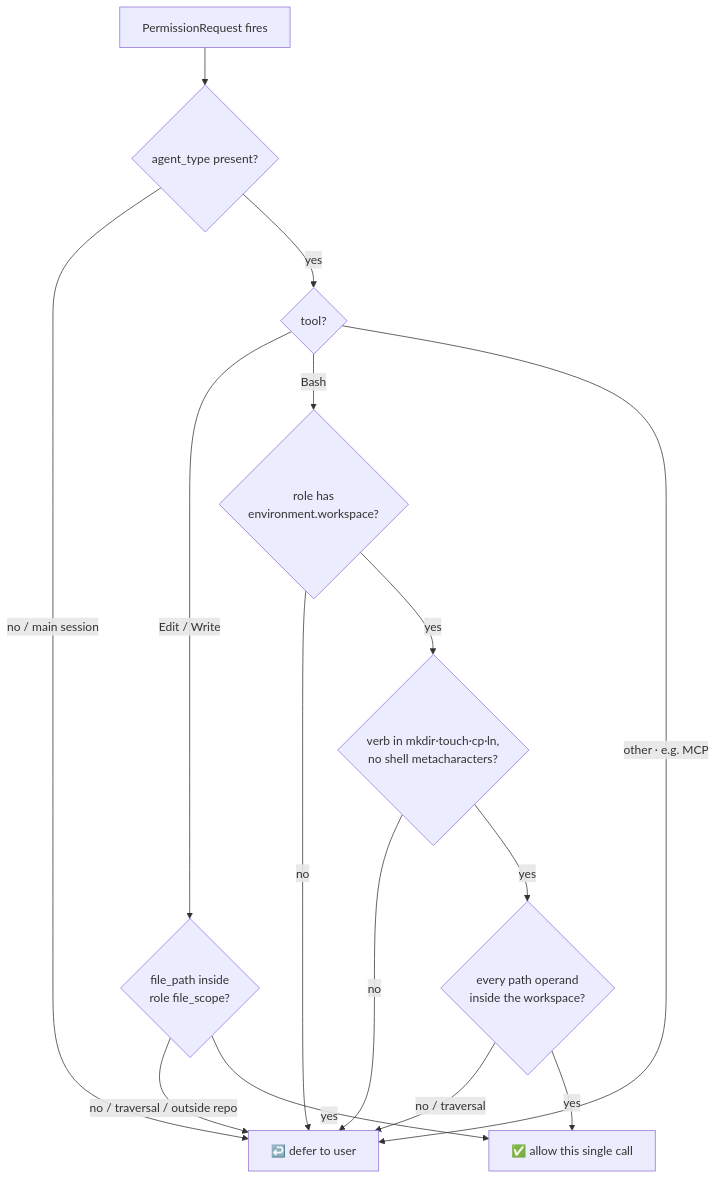
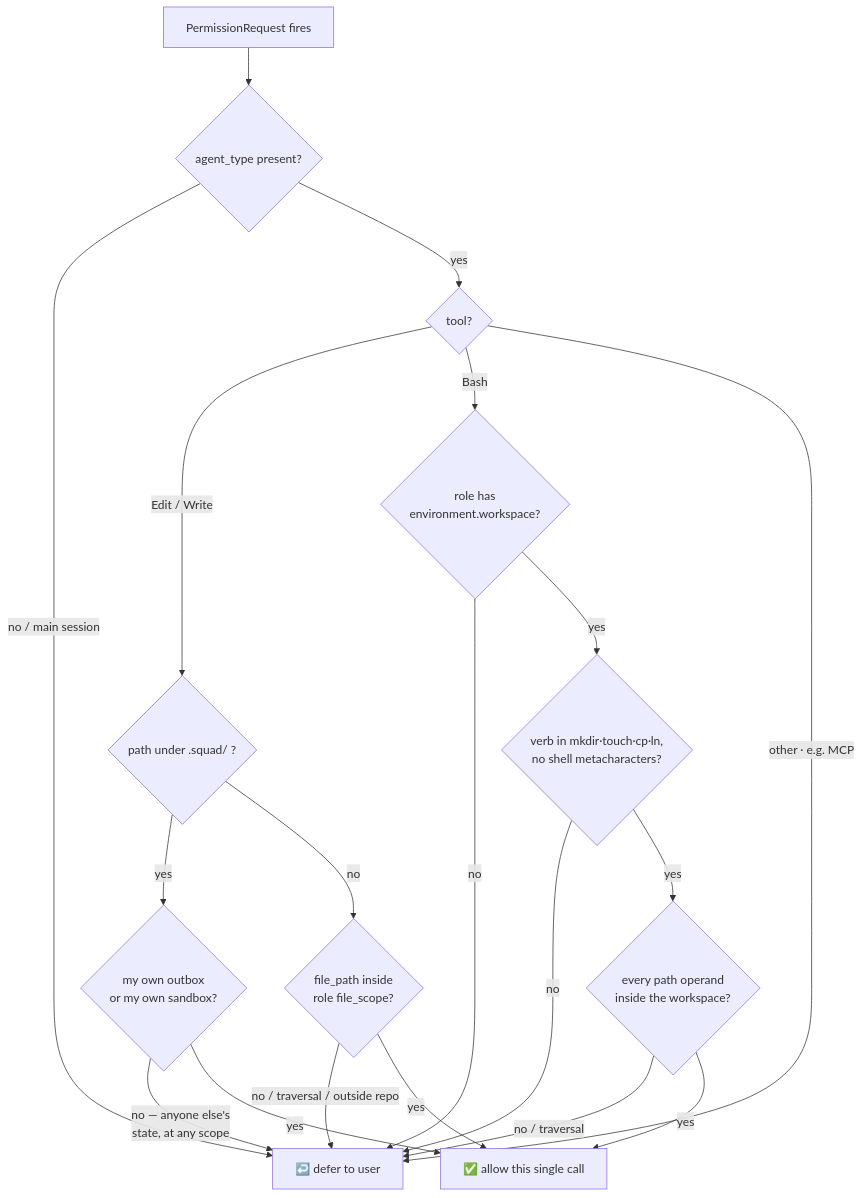
Before and after one commit to cheeky-amit/cheeky-squad-os: the third of 5 diagrams in README.md, drawn with Mermaid. The commit also changed other lines of this file and 7 other files, not shown here.

````diff
--- a/README.md
+++ b/README.md
@@ -142,17 +143,21 @@
 ```mermaid
 flowchart TD
   A["PermissionRequest fires"] --> B{"agent_type present?"}
   B -- "no / main session" --> D["↩️ defer to user"]
   B -- yes --> C{"tool?"}
-  C -- "Edit / Write" --> E{"file_path inside<br/>role file_scope?"}
+  C -- "Edit / Write" --> R{"path under .squad/ ?"}
+  R -- "yes" --> R2{"my own outbox<br/>or my own sandbox?"}
+  R2 -- "no — anyone else's<br/>state, at any scope" --> D
+  R2 -- yes --> F["✅ allow this single call"]
+  R -- "no" --> E{"file_path inside<br/>role file_scope?"}
   E -- "no / traversal / outside repo" --> D
-  E -- yes --> F["✅ allow this single call"]
+  E -- yes --> F
   C -- Bash --> G{"role has<br/>environment.workspace?"}
   G -- no --> D
   G -- yes --> H{"verb in mkdir·touch·cp·ln,<br/>no shell metacharacters?"}
   H -- no --> D
   H -- yes --> I{"every path operand<br/>inside the workspace?"}
   I -- "no / traversal" --> D
   I -- yes --> F
   C -- "other · e.g. MCP" --> D
 ```
````
